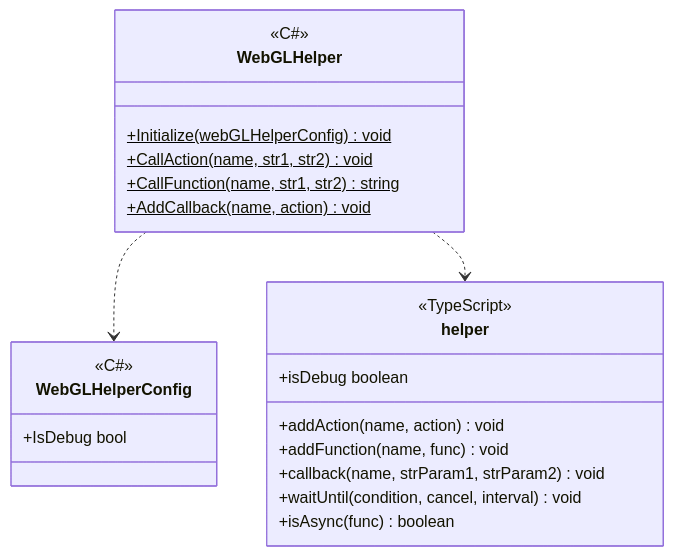
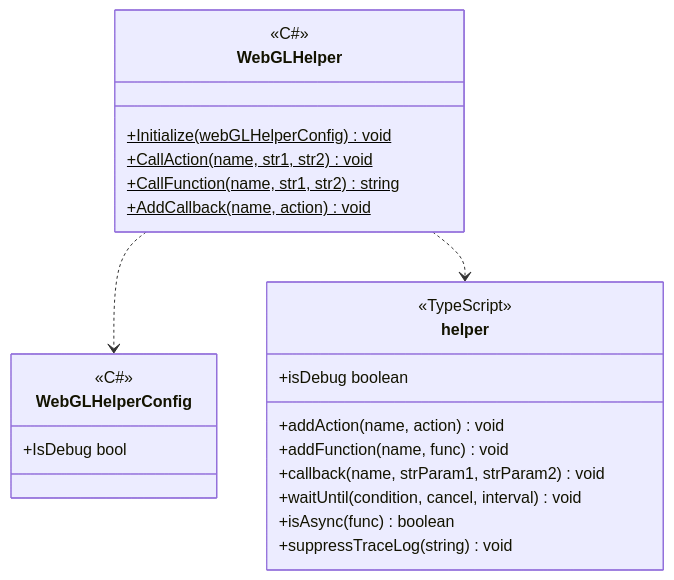
Before and after one commit to extreal-dev/Extreal.Guide: the diagram in docs/integration/web.common.md, drawn with Mermaid. The commit also changed other lines of this file and 1 other file, not shown here.

Commit message:
Add suppress trace log guide

````diff
--- a/docs/integration/web.common.md
+++ b/docs/integration/web.common.md
@@ -21,29 +21,30 @@
 ```mermaid
 classDiagram
 
     WebGLHelper ..> WebGLHelperConfig
     WebGLHelper ..> helper
 
     class WebGLHelper {
         <<C#>>
         +Initialize(webGLHelperConfig)$ void
         +CallAction(name, str1, str2)$ void
         +CallFunction(name, str1, str2)$ string
         +AddCallback(name, action)$ void
     }
     
     class WebGLHelperConfig {
         <<C#>>
         +IsDebug bool
     }
 
     class helper {
         <<TypeScript>>
         +addAction(name, action) void
         +addFunction(name, func) void
         +callback(name, strParam1, strParam2) void
         +isDebug boolean
         +waitUntil(condition, cancel, interval) void
         +isAsync(func) boolean
+        +suppressTraceLog(string) void
     }
 ```
````
